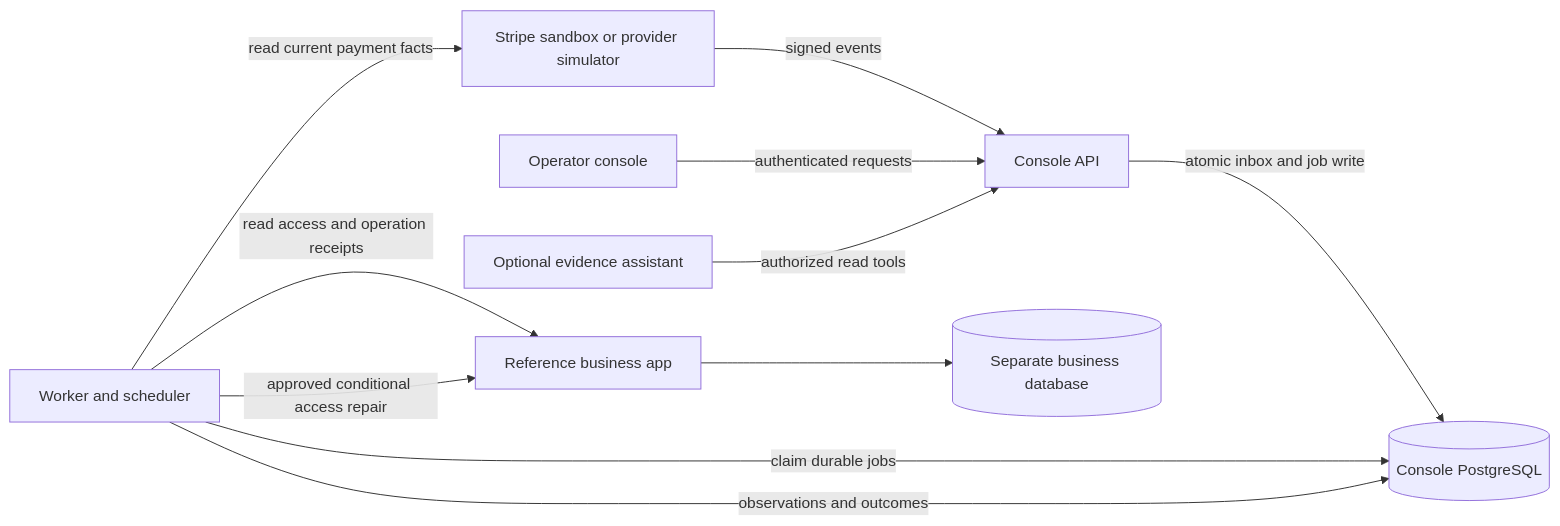
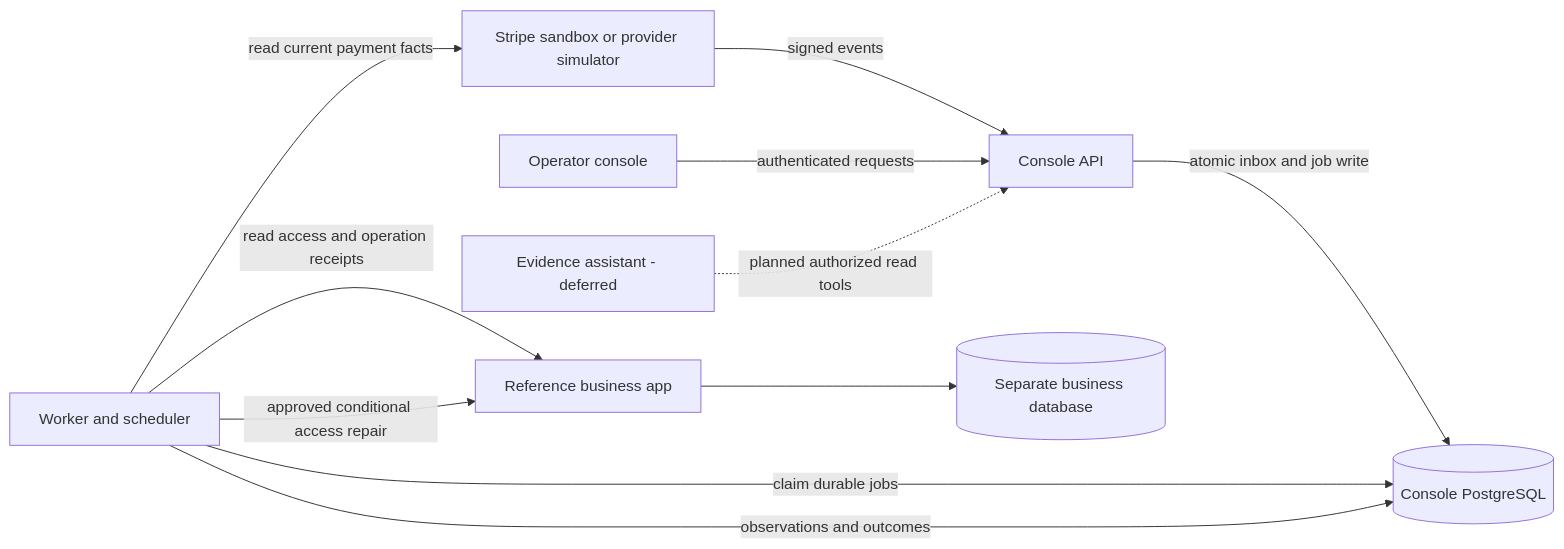
Before and after one commit to void-devourer/ai-payment-operations-agent: the diagram in docs/ARCHITECTURE.md, drawn with Mermaid. The commit also changed other lines of this file and 14 other files, not shown here.

````diff
--- a/docs/ARCHITECTURE.md
+++ b/docs/ARCHITECTURE.md
@@ -15,13 +18,13 @@
 ```mermaid
 flowchart LR
     P[Stripe sandbox or provider simulator] -->|signed events| API[Console API]
     UI[Operator console] -->|authenticated requests| API
     API -->|atomic inbox and job write| DB[(Console PostgreSQL)]
     W[Worker and scheduler] -->|claim durable jobs| DB
     W -->|read current payment facts| P
     W -->|read access and operation receipts| APP[Reference business app]
     W -->|approved conditional access repair| APP
     APP --> APPDB[(Separate business database)]
     W -->|observations and outcomes| DB
-    AI[Optional evidence assistant] -->|authorized read tools| API
+    AI[Evidence assistant - deferred] -.->|planned authorized read tools| API
 ```
````
